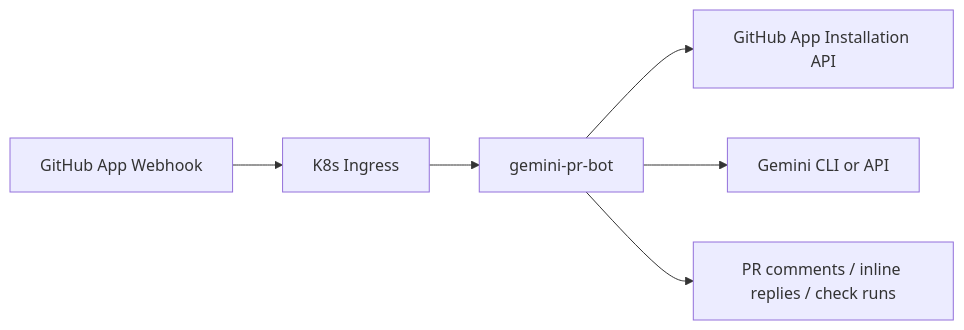
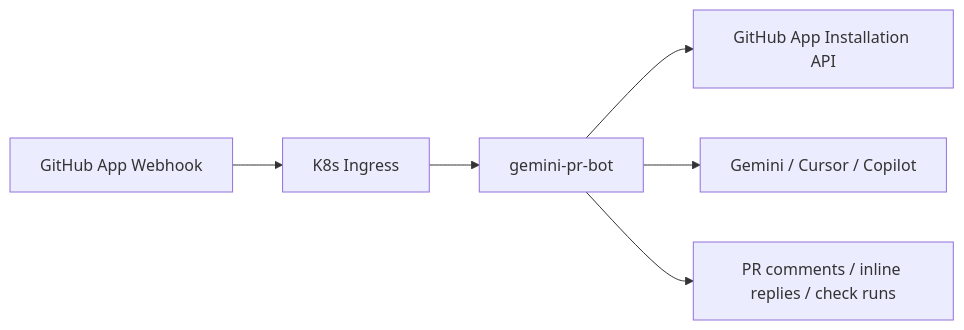
Before and after one commit to seorilabs/gemini-pr-bot: the first of 4 diagrams in README.md, drawn with Mermaid. The commit also changed other lines of this file and 12 other files, not shown here.

````diff
--- a/README.md
+++ b/README.md
@@ -5,8 +5,8 @@
 ```mermaid
 flowchart LR
   GitHub["GitHub App Webhook"] --> Ingress["K8s Ingress"]
   Ingress --> Bot["gemini-pr-bot"]
   Bot --> GitHubAPI["GitHub App Installation API"]
-  Bot --> Gemini["Gemini CLI or API"]
+  Bot --> Providers["Gemini / Cursor / Copilot"]
   Bot --> Comment["PR comments / inline replies / check runs"]
 ```
````
